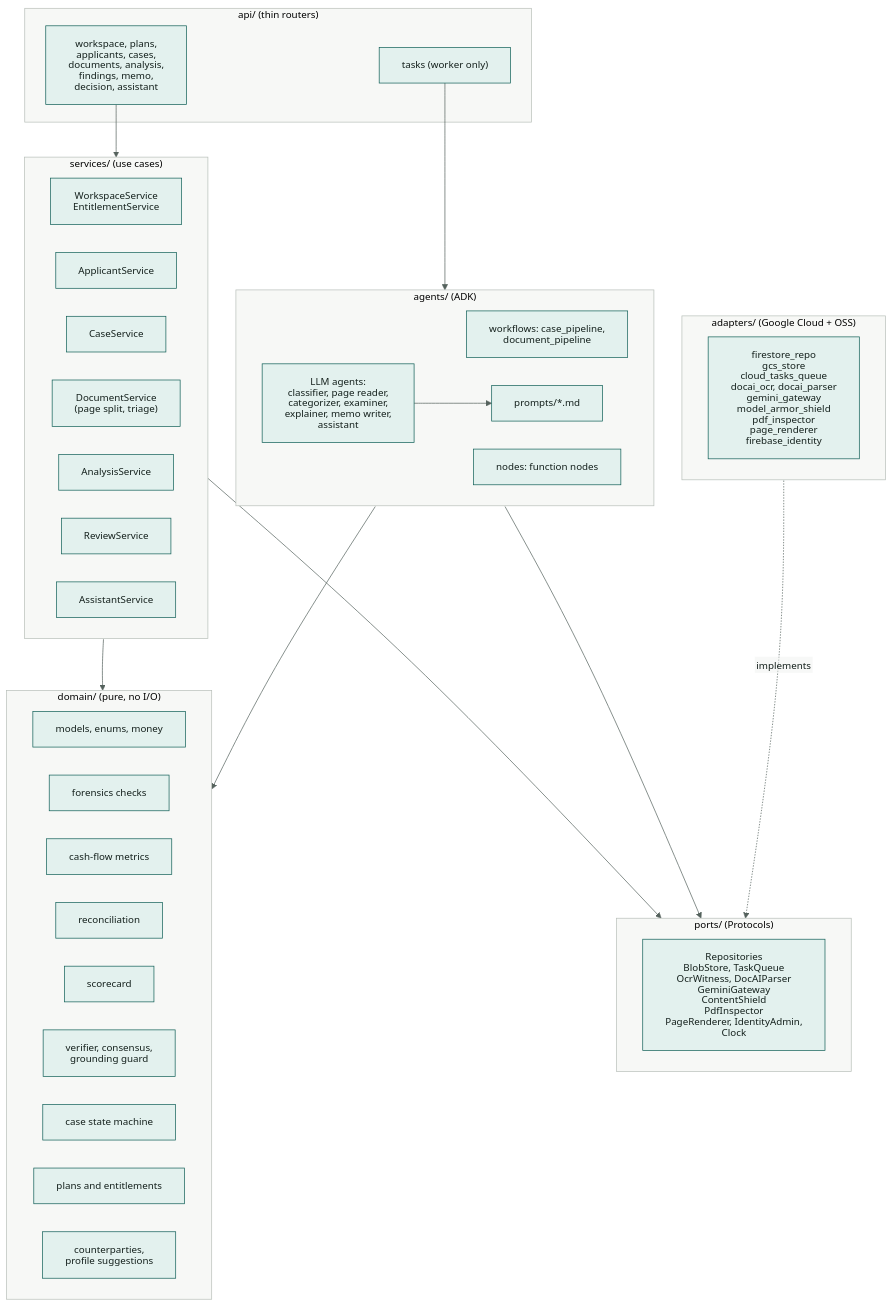
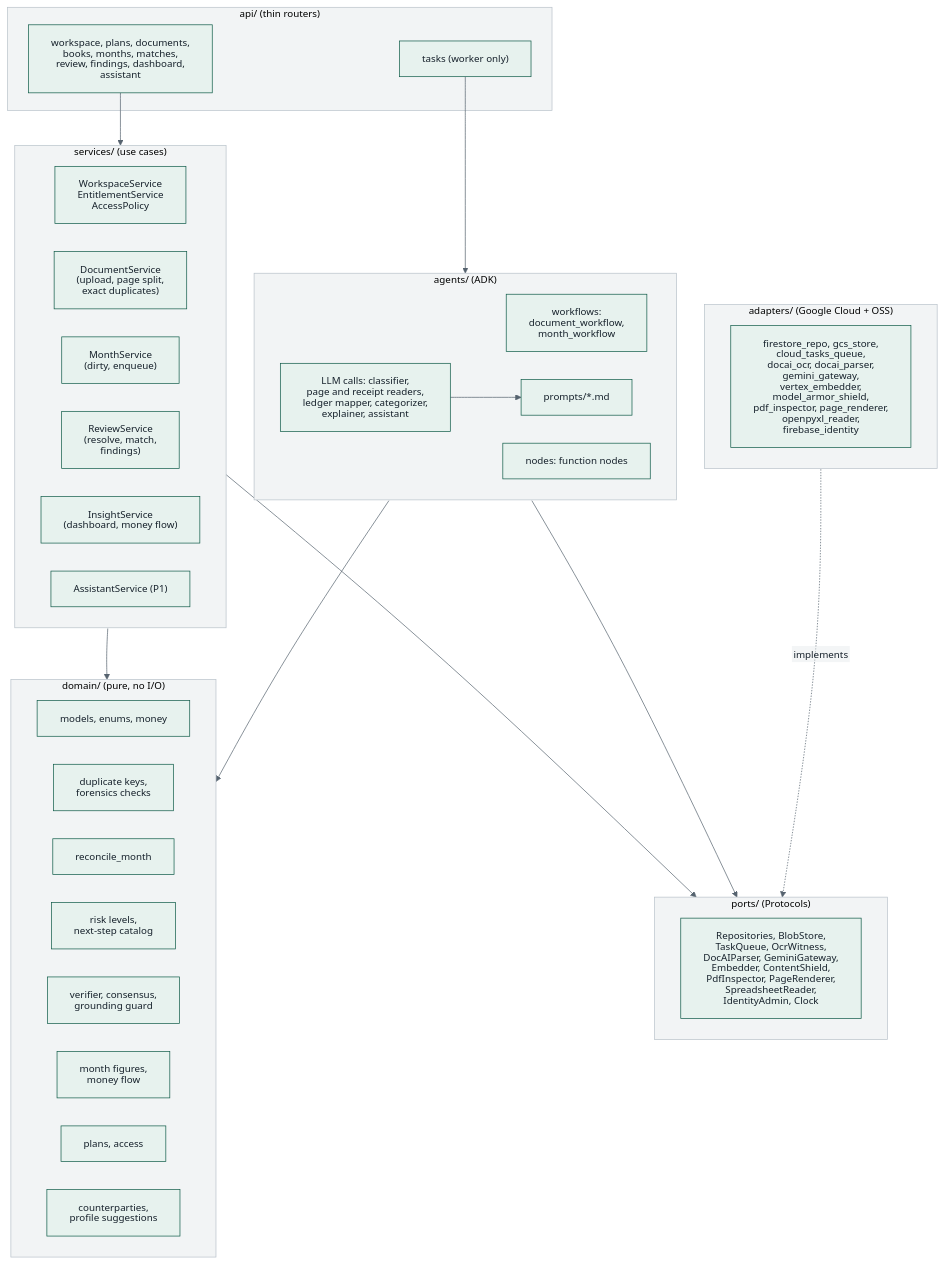
The third of 9 diagrams in docs/05-architecture.md (fadlytanjung/kredibel), drawn with Mermaid before and after one commit. The commit also changed other lines of this file and 245 other files, not shown here.

````diff
--- a/docs/05-architecture.md
+++ b/docs/05-architecture.md
@@ -108,49 +117,47 @@
 ```mermaid
-%%{init: {"theme": "base", "themeVariables": {"fontFamily": "Arial, Helvetica, sans-serif", "fontSize": "14px", "primaryColor": "#E3F1EE", "primaryBorderColor": "#0F5E56", "primaryTextColor": "#14201C", "lineColor": "#55625D", "secondaryColor": "#F0F2EF", "tertiaryColor": "#FFFFFF", "clusterBkg": "#F7F8F6", "clusterBorder": "#B8BFB9", "noteBkgColor": "#FEF0C7", "noteTextColor": "#14201C"}, "htmlLabels": false, "flowchart": {"htmlLabels": false, "padding": 16, "nodeSpacing": 40, "rankSpacing": 50, "wrappingWidth": 220}, "sequence": {"wrap": true, "useMaxWidth": true, "noteFontFamily": "Arial, Helvetica, sans-serif", "messageFontFamily": "Arial, Helvetica, sans-serif", "actorFontFamily": "Arial, Helvetica, sans-serif"}}}%%
+%%{init: {"theme": "base", "themeVariables": {"fontFamily": "Arial, Helvetica, sans-serif", "fontSize": "14px", "primaryColor": "#E7F2EE", "primaryBorderColor": "#0E5A47", "primaryTextColor": "#16212B", "lineColor": "#56636F", "secondaryColor": "#E8ECEE", "tertiaryColor": "#FFFFFF", "clusterBkg": "#F2F4F5", "clusterBorder": "#B9C2CA", "noteBkgColor": "#FFF5D6", "noteTextColor": "#16212B"}, "htmlLabels": false, "flowchart": {"htmlLabels": false, "padding": 16, "nodeSpacing": 40, "rankSpacing": 50, "wrappingWidth": 220}, "sequence": {"wrap": true, "useMaxWidth": true, "noteFontFamily": "Arial, Helvetica, sans-serif", "messageFontFamily": "Arial, Helvetica, sans-serif", "actorFontFamily": "Arial, Helvetica, sans-serif"}}}%%
 flowchart TB
     subgraph api["api/ (thin routers)"]
-        r1["workspace, plans,<br/>applicants, cases,<br/>documents, analysis,<br/>findings, memo,<br/>decision, assistant"]
+        r1["workspace, plans, documents,<br/>books, months, matches,<br/>review, findings, dashboard,<br/>assistant"]
         r2["tasks (worker only)"]
     end
     subgraph services["services/ (use cases)"]
-        s0["WorkspaceService<br/>EntitlementService"]
-        sA["ApplicantService"]
-        s1["CaseService"]
-        s2["DocumentService<br/>(page split, triage)"]
-        s3["AnalysisService"]
-        s4["ReviewService"]
-        s5["AssistantService"]
+        s0["WorkspaceService<br/>EntitlementService<br/>AccessPolicy"]
+        s2["DocumentService<br/>(upload, page split,<br/>exact duplicates)"]
+        s3["MonthService<br/>(dirty, enqueue)"]
+        s4["ReviewService<br/>(resolve, match,<br/>findings)"]
+        s5["InsightService<br/>(dashboard, money flow)"]
+        s6["AssistantService (P1)"]
     end
     subgraph agents["agents/ (ADK)"]
-        wf["workflows: case_pipeline,<br/>document_pipeline"]
+        wf["workflows:<br/>document_workflow,<br/>month_workflow"]
         nodes["nodes: function nodes"]
-        llm["LLM agents:<br/>classifier, page reader,<br/>categorizer, examiner,<br/>explainer, memo writer,<br/>assistant"]
+        llm["LLM calls: classifier,<br/>page and receipt readers,<br/>ledger mapper, categorizer,<br/>explainer, assistant"]
         prompts["prompts/*.md"]
     end
     subgraph domain["domain/ (pure, no I/O)"]
         d1["models, enums, money"]
-        d2["forensics checks"]
-        d3["cash-flow metrics"]
-        d4["reconciliation"]
-        d5["scorecard"]
+        d2["duplicate keys,<br/>forensics checks"]
+        d4["reconcile_month"]
+        d5["risk levels,<br/>next-step catalog"]
         d6["verifier, consensus,<br/>grounding guard"]
-        d7["case state machine"]
-        d8["plans and entitlements"]
+        d7["month figures,<br/>money flow"]
+        d8["plans, access"]
         d9["counterparties,<br/>profile suggestions"]
     end
     subgraph ports["ports/ (Protocols)"]
-        p1["Repositories<br/>BlobStore, TaskQueue<br/>OcrWitness, DocAIParser<br/>GeminiGateway<br/>ContentShield<br/>PdfInspector<br/>PageRenderer, IdentityAdmin,<br/>Clock"]
+        p1["Repositories, BlobStore,<br/>TaskQueue, OcrWitness,<br/>DocAIParser, GeminiGateway,<br/>Embedder, ContentShield,<br/>PdfInspector, PageRenderer,<br/>SpreadsheetReader,<br/>IdentityAdmin, Clock"]
     end
     subgraph adapters["adapters/ (Google Cloud + OSS)"]
-        a1["firestore_repo<br/>gcs_store<br/>cloud_tasks_queue<br/>docai_ocr, docai_parser<br/>gemini_gateway<br/>model_armor_shield<br/>pdf_inspector<br/>page_renderer<br/>firebase_identity"]
+        a1["firestore_repo, gcs_store,<br/>cloud_tasks_queue,<br/>docai_ocr, docai_parser,<br/>gemini_gateway, vertex_embedder,<br/>model_armor_shield,<br/>pdf_inspector, page_renderer,<br/>openpyxl_reader,<br/>firebase_identity"]
     end
 
     r1 --> services
     r2 --> agents
     services --> domain
     services --> ports
     agents --> domain
     agents --> ports
     llm --> prompts
     adapters -.->|implements| ports
 ```
````
